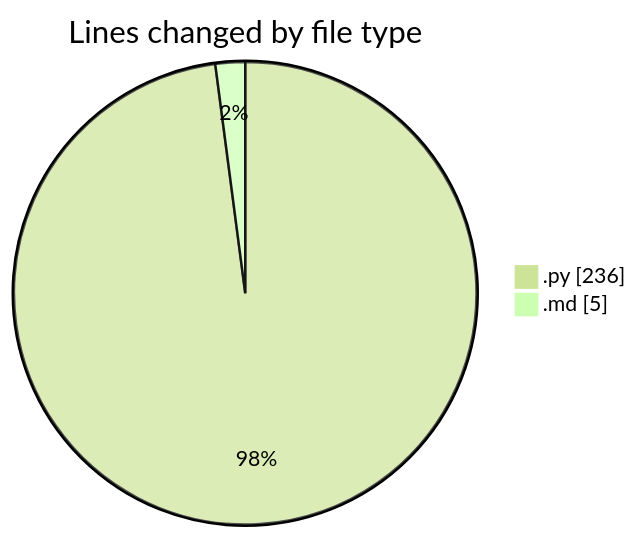
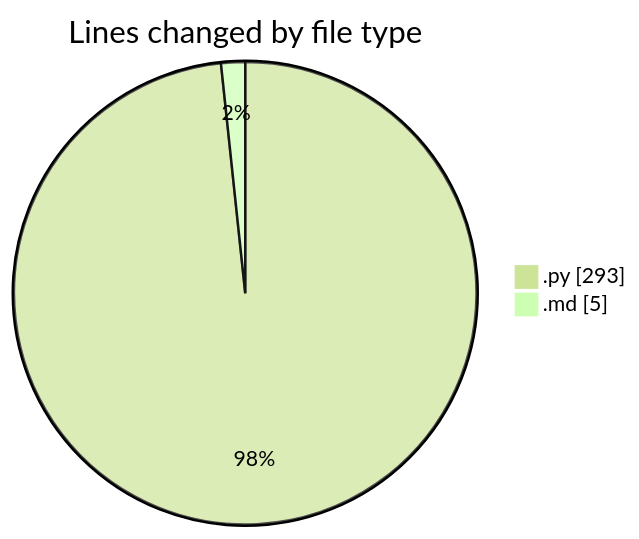
Before and after one commit to Ritupan-Deka/code-tracking: the first of 2 diagrams in 2026-01-10/dsa/README.md, drawn with Mermaid (forest theme). The commit also changed other lines of this file and 1 other file, not shown here.

````diff
--- a/2026-01-10/dsa/README.md
+++ b/2026-01-10/dsa/README.md
@@ -21,6 +21,6 @@
 ```mermaid
 pie showData
 title Lines changed by file type
-".py" : 236
+".py" : 293
 ".md" : 5
 ```
````
